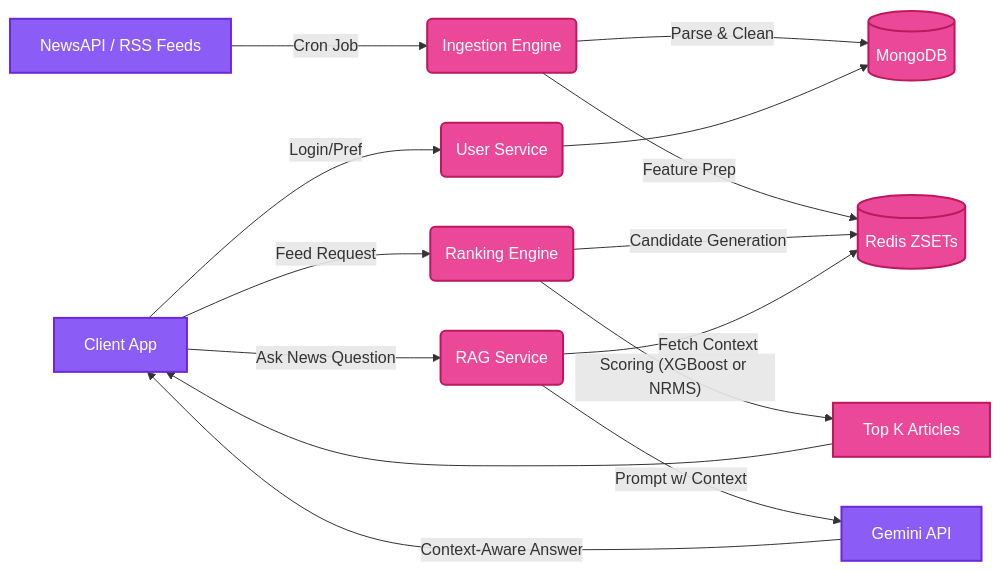
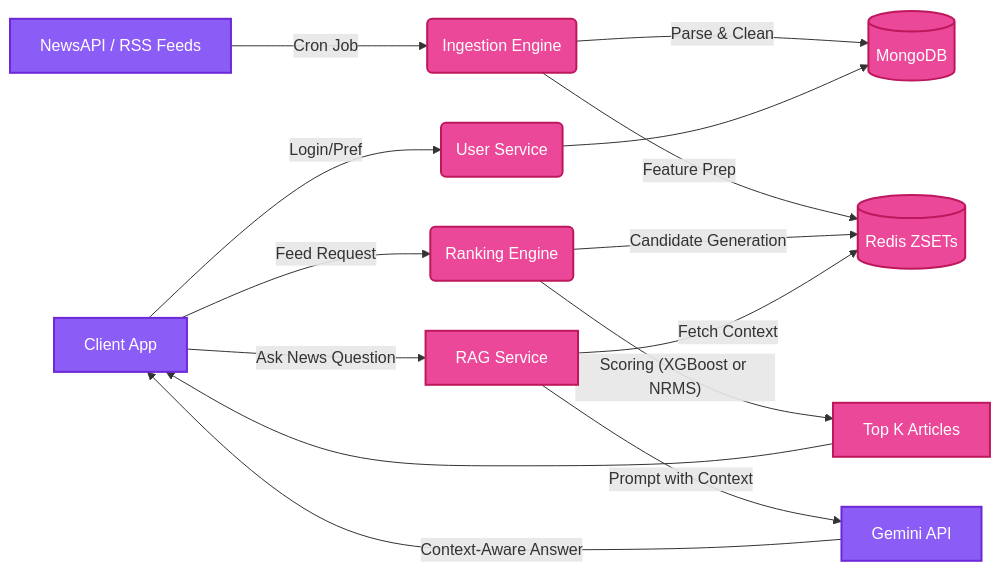
Before and after one commit to khushalmidha/jagrit: the second of 2 diagrams in README.md, drawn with Mermaid. The commit also changed other lines of this file, not shown here.

Commit message:
docs: fix mermaid syntax error

````diff
--- a/README.md
+++ b/README.md
@@ -77,22 +77,22 @@
 ```mermaid
 graph LR
     classDef node fill:#ec4899,stroke:#be185d,stroke-width:2px,color:#fff
     classDef ext fill:#8b5cf6,stroke:#6d28d9,stroke-width:2px,color:#fff
     
     A[NewsAPI / RSS Feeds]:::ext -->|Cron Job| B(Ingestion Engine)
     B -->|Parse & Clean| C[(MongoDB)]
     B -->|Feature Prep| D[(Redis ZSETs)]
     
     E[Client App]:::ext -->|Login/Pref| F(User Service)
     F --> C
     
     E -->|Feed Request| G(Ranking Engine)
     G -->|Candidate Generation| D
     G -->|"Scoring (XGBoost or NRMS)"| H[Top K Articles]
     H --> E
     
-    E -->|Ask News Question| I(RAG Service)
+    E -->|Ask News Question| I[RAG Service]
     I -->|Fetch Context| D
-    I -->|Prompt w/ Context| J[Gemini API]:::ext
+    I -->|Prompt with Context| J[Gemini API]:::ext
     J -->|Context-Aware Answer| E
 ```
````
